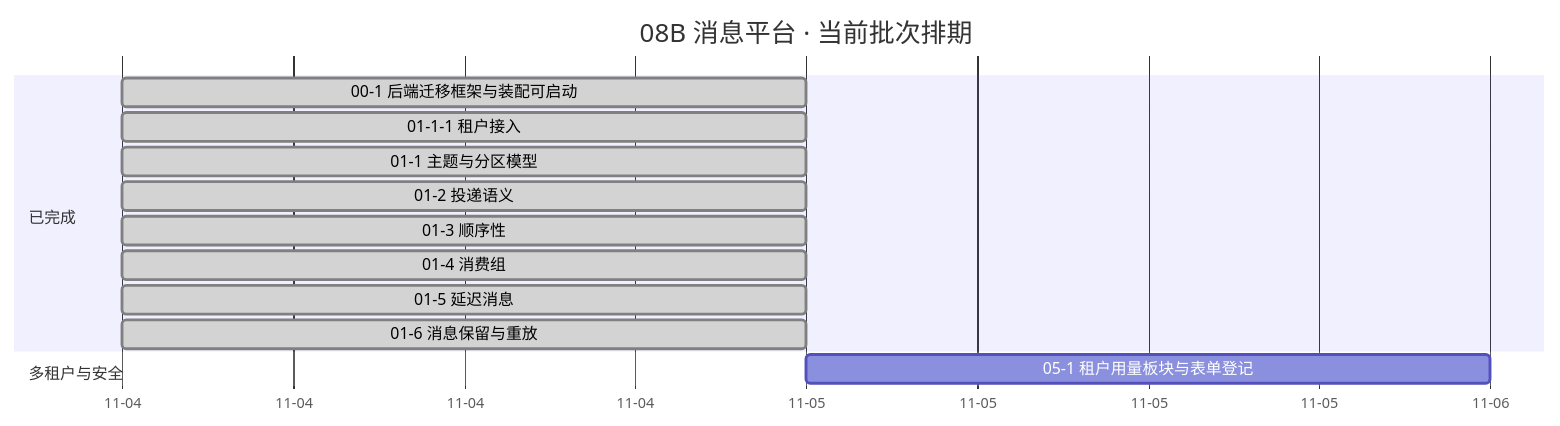
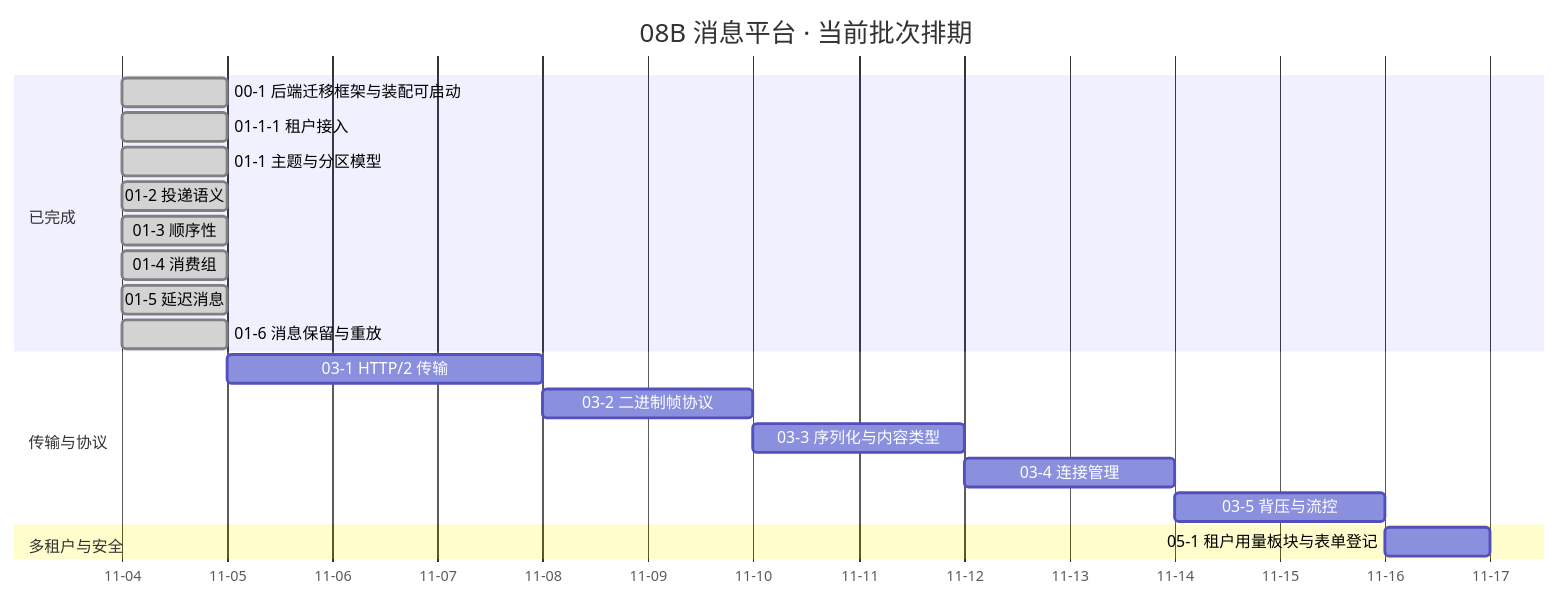
The diagram in msg文档/项目/08B_消息平台/计划/01_计划_消息平台.md (minjian123/message-platform), drawn with Mermaid before and after one commit. The commit also changed other lines of this file and 7 other files, not shown here.

````diff
--- a/msg文档/项目/08B_消息平台/计划/01_计划_消息平台.md
+++ b/msg文档/项目/08B_消息平台/计划/01_计划_消息平台.md
@@ -55,18 +62,24 @@
 ```mermaid
 gantt
     title 08B 消息平台 · 当前批次排期
     %% 任务域 02 全部为搁置行（待 8B_01 go/no-go / 8B_05），不入甘特
     dateFormat YYYY-MM-DD
     axisFormat %m-%d
     section 已完成
     00-1 后端迁移框架与装配可启动 :done, d001, 2026-11-04, 1d
     01-1-1 租户接入 :done, d0111, 2026-11-04, 1d
     01-1 主题与分区模型 :done, t011, 2026-11-04, 1d
     01-2 投递语义 :done, t012, 2026-11-04, 1d
     01-3 顺序性 :done, t013, 2026-11-04, 1d
     01-4 消费组 :done, t014, 2026-11-04, 1d
     01-5 延迟消息 :done, t015, 2026-11-04, 1d
     01-6 消息保留与重放 :done, t016, 2026-11-04, 1d
+    section 传输与协议
+    03-1 HTTP/2 传输 :t031, after t016, 3d
+    03-2 二进制帧协议 :t032, after t031, 2d
+    03-3 序列化与内容类型 :t033, after t032, 2d
+    03-4 连接管理 :t034, after t033, 2d
+    03-5 背压与流控 :t035, after t034, 2d
     section 多租户与安全
-    05-1 租户用量板块与表单登记 :t051, after t016, 1d
+    05-1 租户用量板块与表单登记 :t051, after t035, 1d
 ```
````
